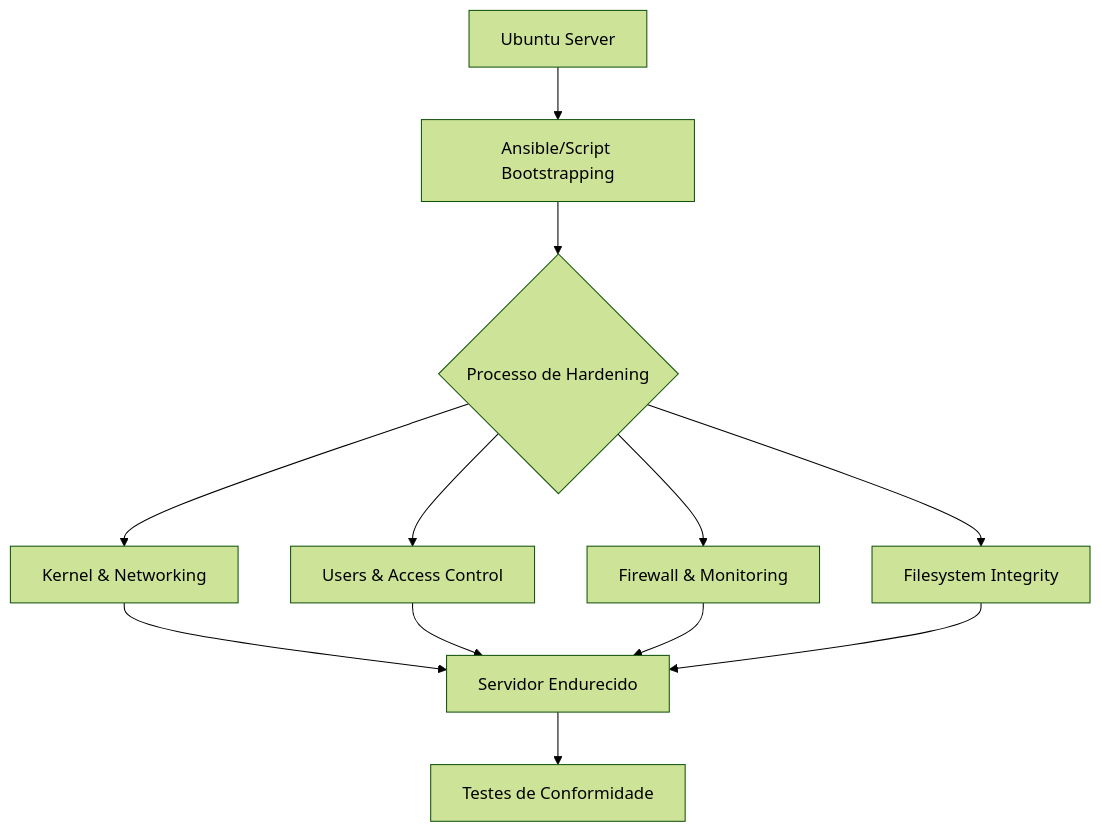
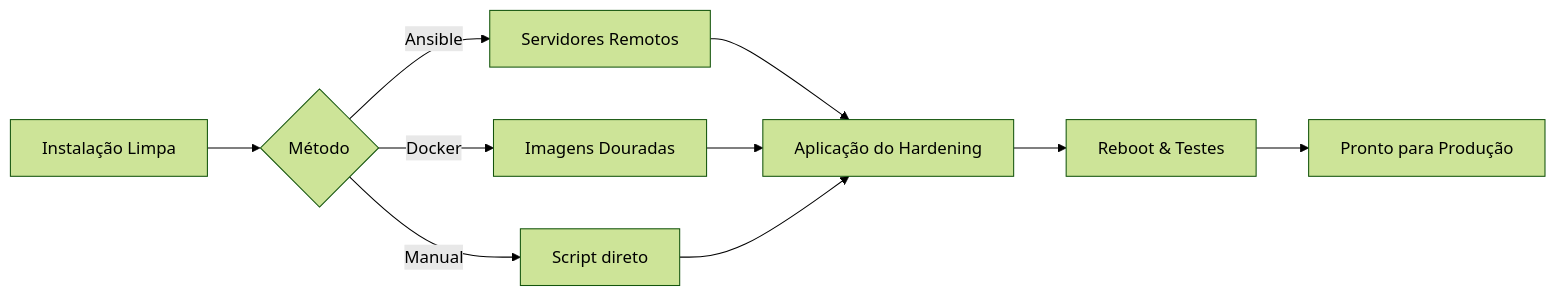
Before and after one commit to maurocapuanopy-source/hardening: the second of 2 diagrams in docs/index.md, drawn with Mermaid (forest theme). The commit also changed other lines of this file and 4 other files, not shown here.

````diff
--- a/docs/index.md
+++ b/docs/index.md
@@ -48,11 +72,10 @@
 ```mermaid
-graph TD
-    A[Ubuntu Server] --> B[Ansible/Script Bootstrapping]
-    B --> C{Processo de Hardening}
-    C --> D[Kernel & Networking]
-    C --> E[Users & Access Control]
-    C --> F[Firewall & Monitoring]
-    C --> G[Filesystem Integrity]
-    D & E & F & G --> H[Servidor Endurecido]
-    H --> I[Testes de Conformidade]
+graph LR
+    A[Instalação Limpa] --> B{Método}
+    B -- Ansible --> C[Servidores Remotos]
+    B -- Docker --> D[Imagens Douradas]
+    B -- Manual --> E[Script direto]
+    C & D & E --> F[Aplicação do Hardening]
+    F --> G[Reboot & Testes]
+    G --> H[Pronto para Produção]
 ```
````
